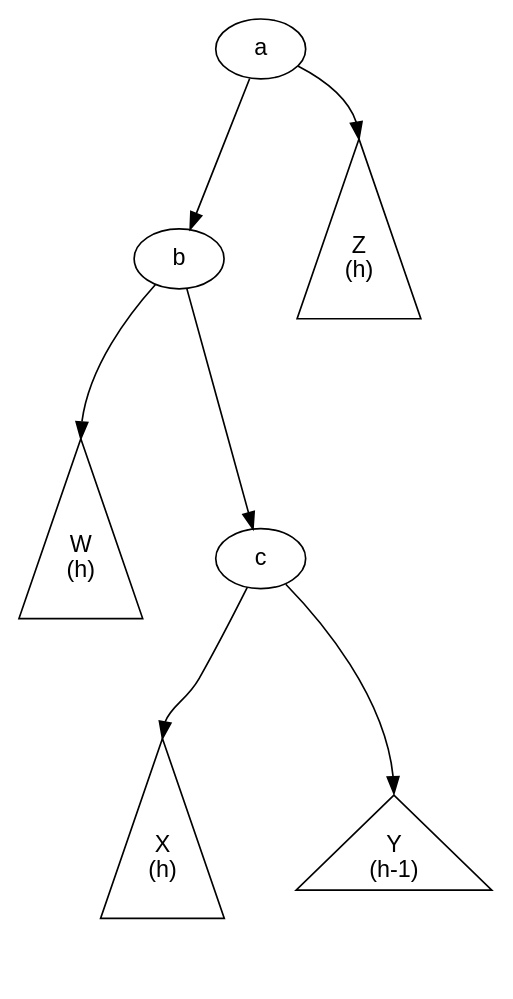
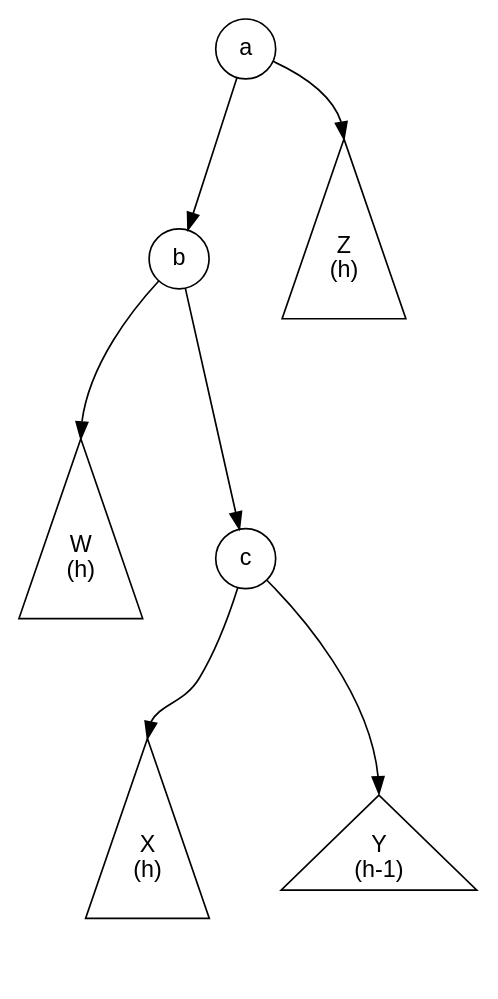
One commit to aaronbloomfield/pdr changed the diagram in slides/graphs/avl-tree-16.dot. Above: the diagram before and after it, drawn with Graphviz. The commit also changed 69 other files, not shown here.

Commit message:
Updated the tree graphs to make the nodes circular

```diff
--- a/slides/graphs/avl-tree-16.dot
+++ b/slides/graphs/avl-tree-16.dot
@@ -1,28 +1,28 @@
 digraph G {
 	graph [fontname = "Helvetica"];
-	node [fontname = "Helvetica"];
+	node [fontname = "Helvetica",shape=circle];
 	edge [fontname = "Helvetica"];
 
 	W [shape=triangle,label="W\n(h)",height=2];
 	X [shape=triangle,label="X\n(h)",height=2];
 	Y [shape=triangle,label="Y\n(h-1)",height=1];
 	Z [shape=triangle,label="Z\n(h)",height=2];
 
 	a -> b;
 	ma [label="", width=0.1, style=invis];
 	a -> ma [style=invis];
 	a -> Z:n;
 	{rank=same b -> ma -> Z [style=invis]};
 
 	b -> W:n;
 	mb [label="", width=0.1, style=invis];
 	b -> mb [style=invis];
 	b -> c;
 	{rank=same W -> mb -> c [style=invis]};
 
 	c -> X:n;
 	mc [label="", width=0.1, style=invis];
 	c -> mc [style=invis];
 	c -> Y:n;
 	{rank=same X -> mc -> Y [style=invis]};
 }
```
